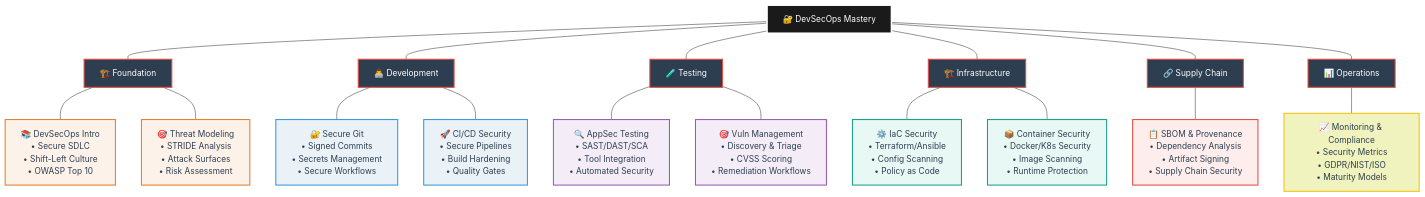
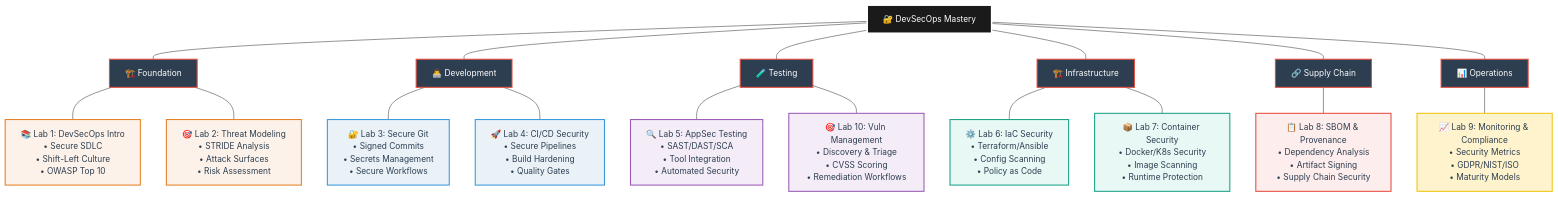
One commit to scruffyscarf/F25-DevSecOps-Intro changed the first of 3 diagrams in README.md. Above: the diagram before and after it, drawn with Mermaid. The commit also changed other lines of this file and 20 other files, not shown here.

````diff
--- a/README.md
+++ b/README.md
@@ -37,51 +38,51 @@
 ```mermaid
 graph TB
     ROOT[🔐 DevSecOps Mastery] 
     
     %% Foundation Branch
     ROOT --- FOUND[🏗️ Foundation]
-    FOUND --- A[📚 DevSecOps Intro<br/>• Secure SDLC<br/>• Shift-Left Culture<br/>• OWASP Top 10]
-    FOUND --- B[🎯 Threat Modeling<br/>• STRIDE Analysis<br/>• Attack Surfaces<br/>• Risk Assessment]
+    FOUND --- A[📚 Lab 1: DevSecOps Intro<br/>• Secure SDLC<br/>• Shift-Left Culture<br/>• OWASP Top 10]
+    FOUND --- B[🎯 Lab 2: Threat Modeling<br/>• STRIDE Analysis<br/>• Attack Surfaces<br/>• Risk Assessment]
     
     %% Development Branch  
     ROOT --- DEV[👨‍💻 Development]
-    DEV --- C[🔐 Secure Git<br/>• Signed Commits<br/>• Secrets Management<br/>• Secure Workflows]
-    DEV --- D[🚀 CI/CD Security<br/>• Secure Pipelines<br/>• Build Hardening<br/>• Quality Gates]
+    DEV --- C[🔐 Lab 3: Secure Git<br/>• Signed Commits<br/>• Secrets Management<br/>• Secure Workflows]
+    DEV --- D[🚀 Lab 4: CI/CD Security<br/>• Secure Pipelines<br/>• Build Hardening<br/>• Quality Gates]
     
     %% Testing Branch
     ROOT --- TEST[🧪 Testing]
-    TEST --- E[🔍 AppSec Testing<br/>• SAST/DAST/SCA<br/>• Tool Integration<br/>• Automated Security]
-    TEST --- J[🎯 Vuln Management<br/>• Discovery & Triage<br/>• CVSS Scoring<br/>• Remediation Workflows]
+    TEST --- E[🔍 Lab 5: AppSec Testing<br/>• SAST/DAST/SCA<br/>• Tool Integration<br/>• Automated Security]
+    TEST --- J[🎯 Lab 10: Vuln Management<br/>• Discovery & Triage<br/>• CVSS Scoring<br/>• Remediation Workflows]
     
     %% Infrastructure Branch
     ROOT --- INFRA[🏗️ Infrastructure]
-    INFRA --- F[⚙️ IaC Security<br/>• Terraform/Ansible<br/>• Config Scanning<br/>• Policy as Code]
-    INFRA --- G[📦 Container Security<br/>• Docker/K8s Security<br/>• Image Scanning<br/>• Runtime Protection]
+    INFRA --- F[⚙️ Lab 6: IaC Security<br/>• Terraform/Ansible<br/>• Config Scanning<br/>• Policy as Code]
+    INFRA --- G[📦 Lab 7: Container Security<br/>• Docker/K8s Security<br/>• Image Scanning<br/>• Runtime Protection]
     
     %% Supply Chain Branch
     ROOT --- SUPPLY[🔗 Supply Chain]
-    SUPPLY --- H[📋 SBOM & Provenance<br/>• Dependency Analysis<br/>• Artifact Signing<br/>• Supply Chain Security]
+    SUPPLY --- H[📋 Lab 8: SBOM & Provenance<br/>• Dependency Analysis<br/>• Artifact Signing<br/>• Supply Chain Security]
     
     %% Operations Branch
     ROOT --- OPS[📊 Operations]
-    OPS --- I[📈 Monitoring & Compliance<br/>• Security Metrics<br/>• GDPR/NIST/ISO<br/>• Maturity Models]
+    OPS --- I[📈 Lab 9: Monitoring & Compliance<br/>• Security Metrics<br/>• GDPR/NIST/ISO<br/>• Maturity Models]
     
     %% Styling
     classDef rootStyle fill:#1a1a1a,stroke:#ffffff,stroke-width:3px,color:#ffffff
     classDef branchStyle fill:#2c3e50,stroke:#e74c3c,stroke-width:2px,color:#ffffff
     classDef foundationModule fill:#fdf2e9,stroke:#e67e22,stroke-width:2px,color:#2c3e50
     classDef devModule fill:#eaf2f8,stroke:#3498db,stroke-width:2px,color:#2c3e50
     classDef testModule fill:#f4ecf7,stroke:#9b59b6,stroke-width:2px,color:#2c3e50
     classDef infraModule fill:#e8f8f5,stroke:#16a085,stroke-width:2px,color:#2c3e50
     classDef supplyModule fill:#fdedec,stroke:#e74c3c,stroke-width:2px,color:#2c3e50
-    classDef opsModule fill:#f0f3bd,stroke:#f1c40f,stroke-width:2px,color:#2c3e50
+    classDef opsModule fill:#fff3cd,stroke:#f1c40f,stroke-width:2px,color:#2c3e50
     
     class ROOT rootStyle
     class FOUND,DEV,TEST,INFRA,SUPPLY,OPS branchStyle
     class A,B foundationModule
     class C,D devModule
     class E,J testModule
     class F,G infraModule
     class H supplyModule
     class I opsModule
 ```
````
